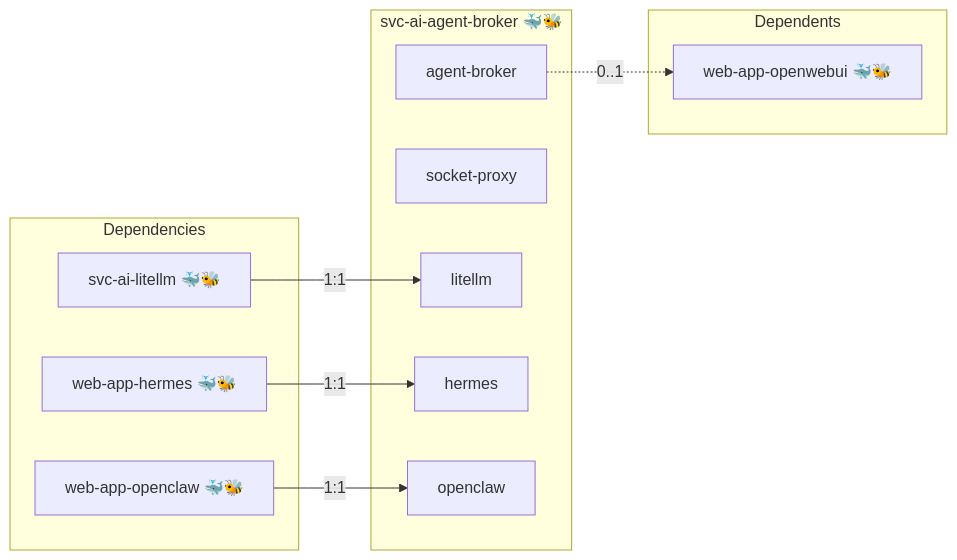
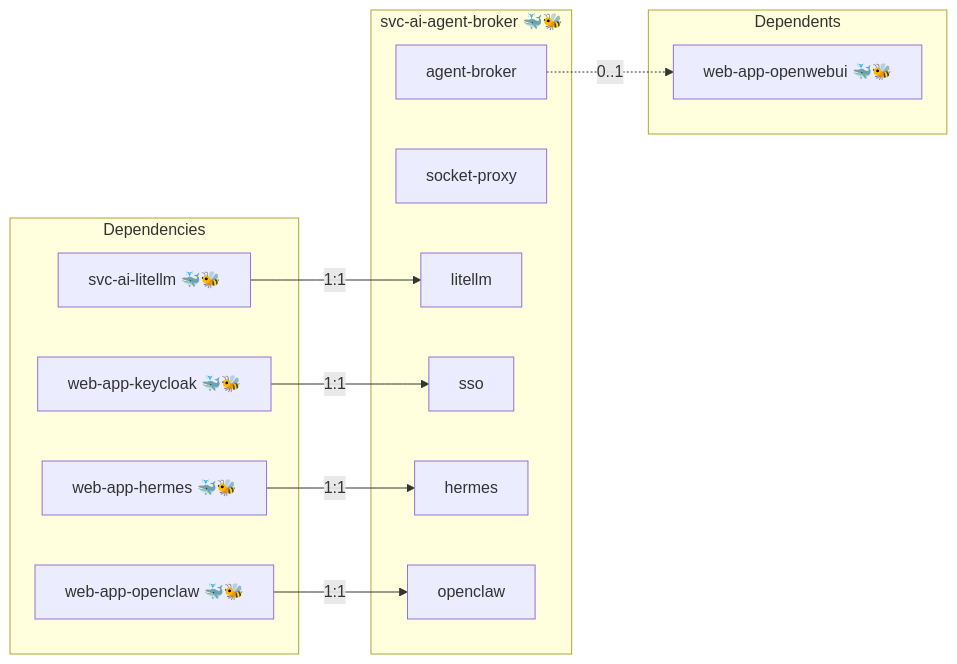
Before and after one commit to infinito-nexus/core: the diagram in roles/svc-ai-agent-broker/README.md, drawn with Mermaid. The commit also changed 2 other files, not shown here.

````diff
--- a/roles/svc-ai-agent-broker/README.md
+++ b/roles/svc-ai-agent-broker/README.md
@@ -15,22 +15,25 @@
 ```mermaid
 flowchart LR
     subgraph deps [Dependencies]
         dep_svc_ai_litellm["svc-ai-litellm 🐳🐝"]
         dep_web_app_hermes["web-app-hermes 🐳🐝"]
+        dep_web_app_keycloak["web-app-keycloak 🐳🐝"]
         dep_web_app_openclaw["web-app-openclaw 🐳🐝"]
     end
     subgraph role [svc-ai-agent-broker 🐳🐝]
         svc_agent_broker["agent-broker"]
         svc_socket_proxy["socket-proxy"]
         svc_litellm["litellm"]
+        svc_sso["sso"]
         svc_hermes["hermes"]
         svc_openclaw["openclaw"]
     end
     subgraph dependents [Dependents]
         dpt_web_app_openwebui["web-app-openwebui 🐳🐝"]
     end
     dep_svc_ai_litellm -- "1:1" --> svc_litellm
     dep_web_app_hermes -- "1:1" --> svc_hermes
+    dep_web_app_keycloak -- "1:1" --> svc_sso
     dep_web_app_openclaw -- "1:1" --> svc_openclaw
     svc_agent_broker -. "0..1" .-> dpt_web_app_openwebui
 ```
````
